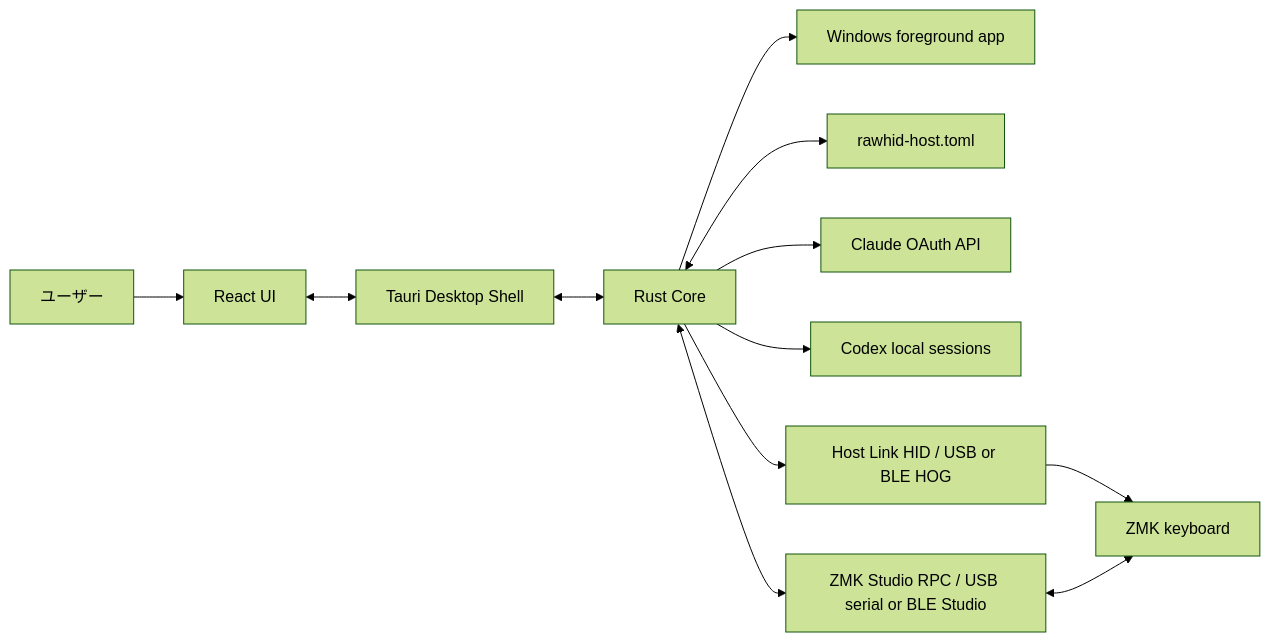
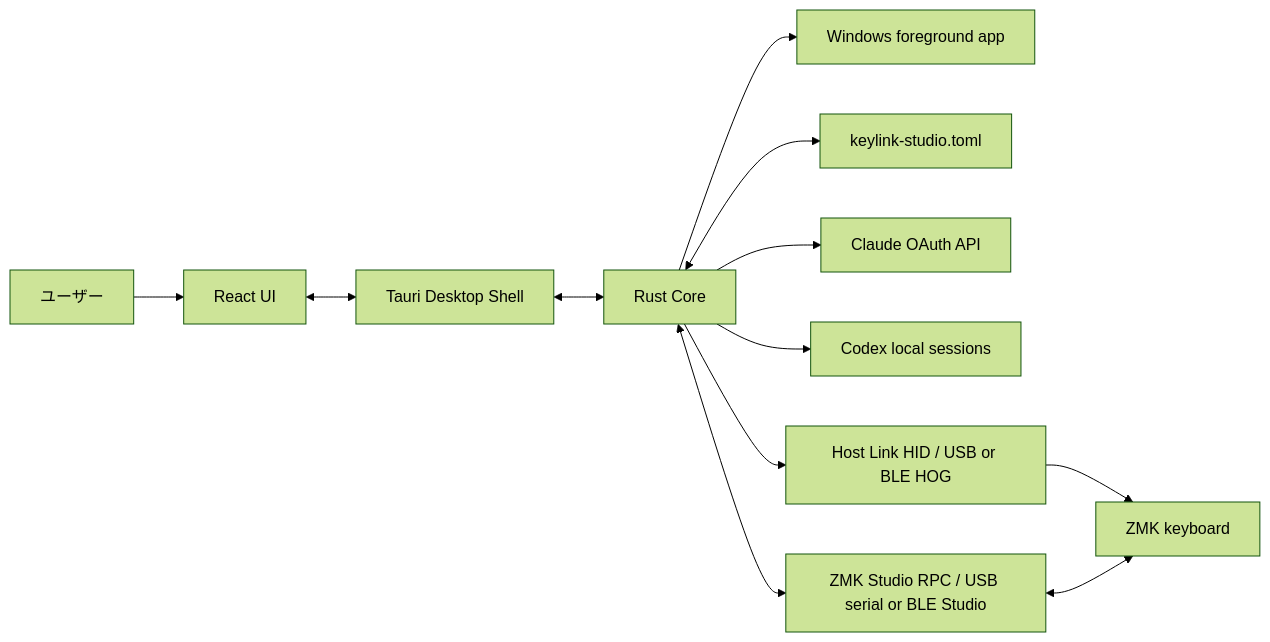
The first of 4 diagrams in docs/technology-overview.md (hrmt-lab/Keylink-Studio), drawn with Mermaid (forest theme) before and after one commit. The commit also changed other lines of this file and 93 other files, not shown here.

Commit message:
Rename app to Keylink Studio

````diff
--- a/docs/technology-overview.md
+++ b/docs/technology-overview.md
@@ -23,14 +23,14 @@
 ```mermaid
 flowchart LR
     User["ユーザー"] --> UI["React UI"]
     UI <--> Tauri["Tauri Desktop Shell"]
     Tauri <--> Rust["Rust Core"]
     Rust --> Windows["Windows foreground app"]
-    Rust <--> Config["rawhid-host.toml"]
+    Rust <--> Config["keylink-studio.toml"]
     Rust --> Claude["Claude OAuth API"]
     Rust --> Codex["Codex local sessions"]
     Rust --> HID["Host Link HID / USB or BLE HOG"]
     HID --> Keyboard["ZMK keyboard"]
     Rust <--> Studio["ZMK Studio RPC / USB serial or BLE Studio"]
     Studio <--> Keyboard
 ```
````
